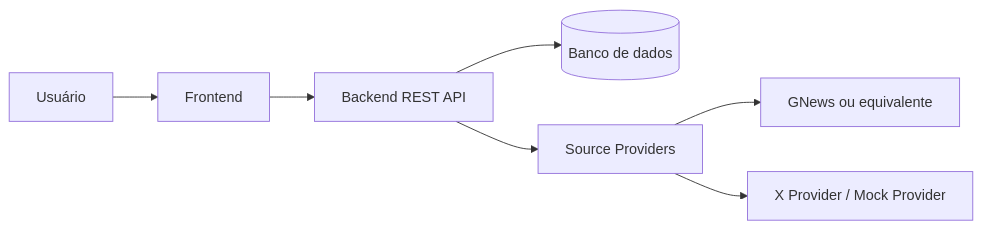
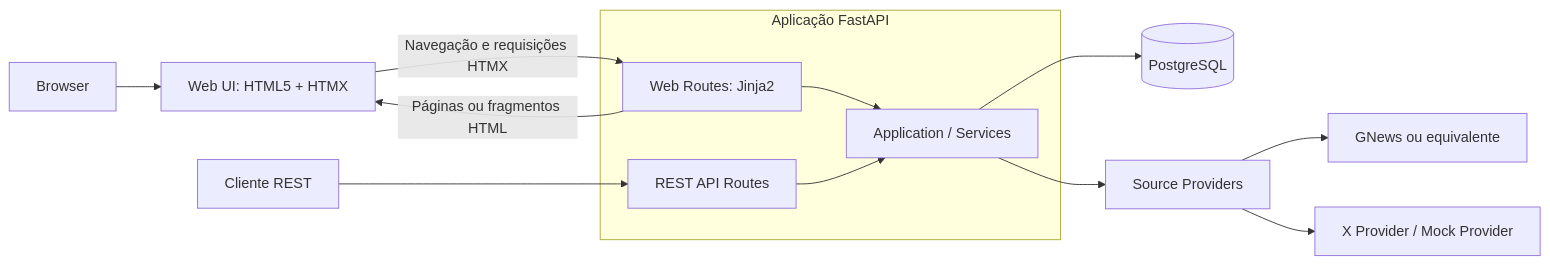
One commit to bisb-inc/bisb changed the first of 4 diagrams in docs/arquitetura.md. Above: the diagram before and after it, drawn with Mermaid. The commit also changed other lines of this file and 35 other files, not shown here.

Commit message:
feat: establish MVP context and FastAPI foundation

````diff
--- a/docs/arquitetura.md
+++ b/docs/arquitetura.md
@@ -26,9 +39,18 @@
 ```mermaid
 flowchart LR
-    U[Usuário] --> F[Frontend]
-    F --> B[Backend REST API]
-    B --> DB[(Banco de dados)]
-    B --> SP[Source Providers]
+    Browser[Browser] --> UI["Web UI: HTML5 + HTMX"]
+    Client[Cliente REST] --> API
+    subgraph App[Aplicação FastAPI]
+        Web["Web Routes: Jinja2"]
+        API[REST API Routes]
+        Services[Application / Services]
+        Web --> Services
+        API --> Services
+    end
+    UI -->|Navegação e requisições HTMX| Web
+    Web -->|Páginas ou fragmentos HTML| UI
+    Services --> DB[(PostgreSQL)]
+    Services --> SP[Source Providers]
     SP --> GN[GNews ou equivalente]
     SP --> XP[X Provider / Mock Provider]
 ```
````
